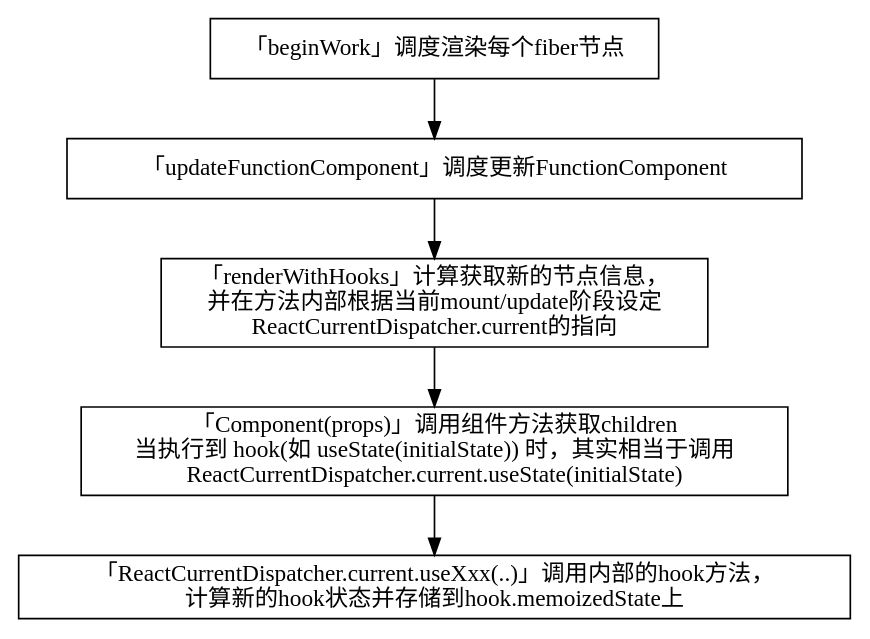
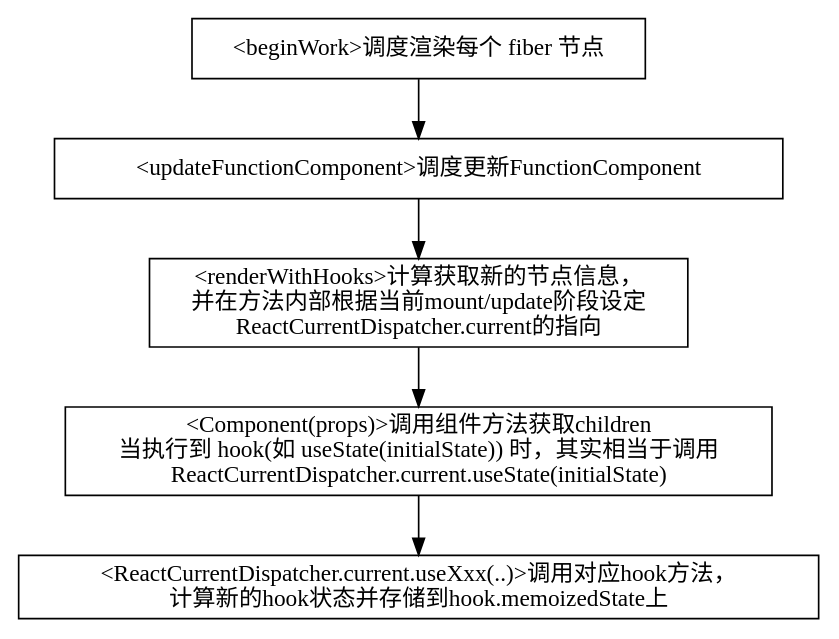
The diagram in content/react/hooks/index.md (nnecec/nnecec.studio), drawn with Graphviz before and after one commit. The commit also changed other lines of this file and 7 other files, not shown here.

````diff
--- a/content/react/hooks/index.md
+++ b/content/react/hooks/index.md
@@ -24,15 +22,15 @@
 ```dot
 digraph graphname {
   node [shape=box];
-  beginWork [label="「beginWork」调度渲染每个fiber节点"];
-  updateFunctionComponent [label="「updateFunctionComponent」调度更新FunctionComponent"];
-  renderWithHooks [label="「renderWithHooks」计算获取新的节点信息，\n并在方法内部根据当前mount/update阶段设定\nReactCurrentDispatcher.current的指向"];
-  component [label="「Component(props)」调用组件方法获取children\n当执行到 hook(如 useState(initialState)) 时，其实相当于调用\n ReactCurrentDispatcher.current.useState(initialState)"];
-  hook [label="「ReactCurrentDispatcher.current.useXxx(..)」调用内部的hook方法，\n计算新的hook状态并存储到hook.memoizedState上"];
+  beginWork [label="<beginWork>调度渲染每个 fiber 节点"];
+  updateFunctionComponent [label="<updateFunctionComponent>调度更新FunctionComponent"];
+  renderWithHooks [label="<renderWithHooks>计算获取新的节点信息，\n并在方法内部根据当前mount/update阶段设定\nReactCurrentDispatcher.current的指向"];
+  component [label="<Component(props)>调用组件方法获取children\n当执行到 hook(如 useState(initialState)) 时，其实相当于调用\n ReactCurrentDispatcher.current.useState(initialState)"];
+  hook [label="<ReactCurrentDispatcher.current.useXxx(..)>调用对应hook方法，\n计算新的hook状态并存储到hook.memoizedState上"];
 
   beginWork -> updateFunctionComponent;
   updateFunctionComponent -> renderWithHooks;
   renderWithHooks -> component
   component -> hook
 }
 ```
````
